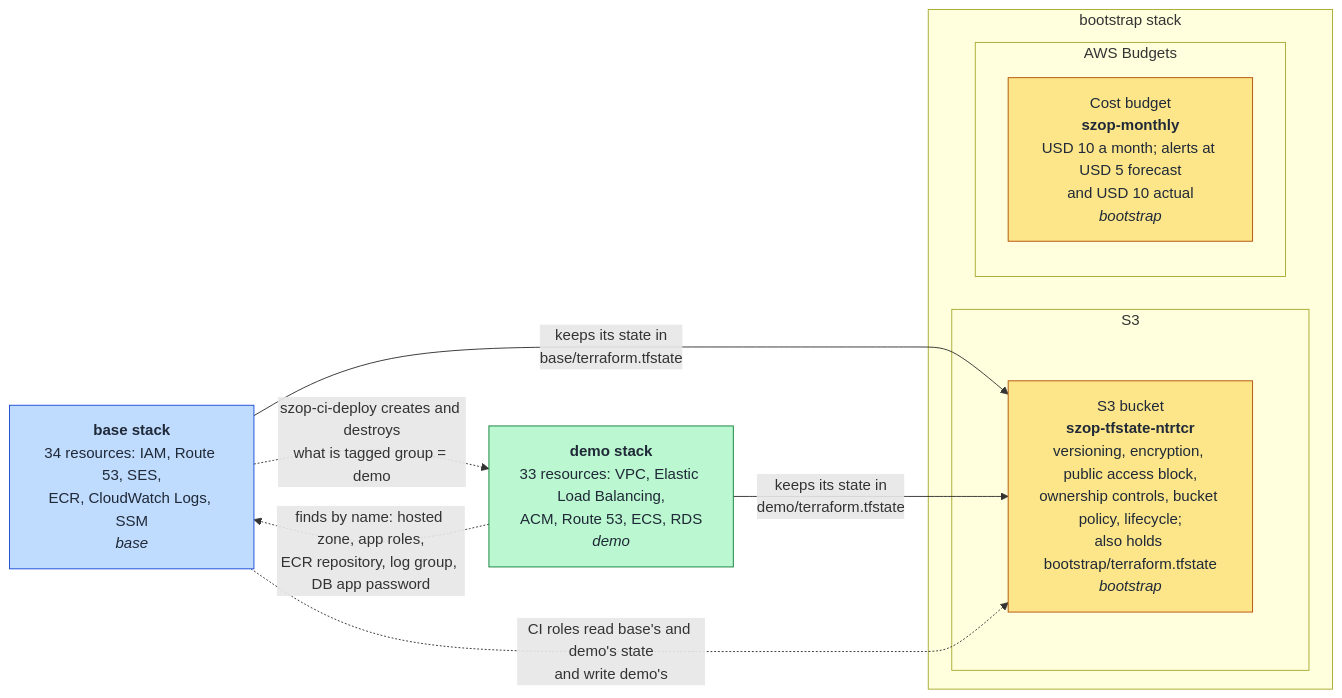
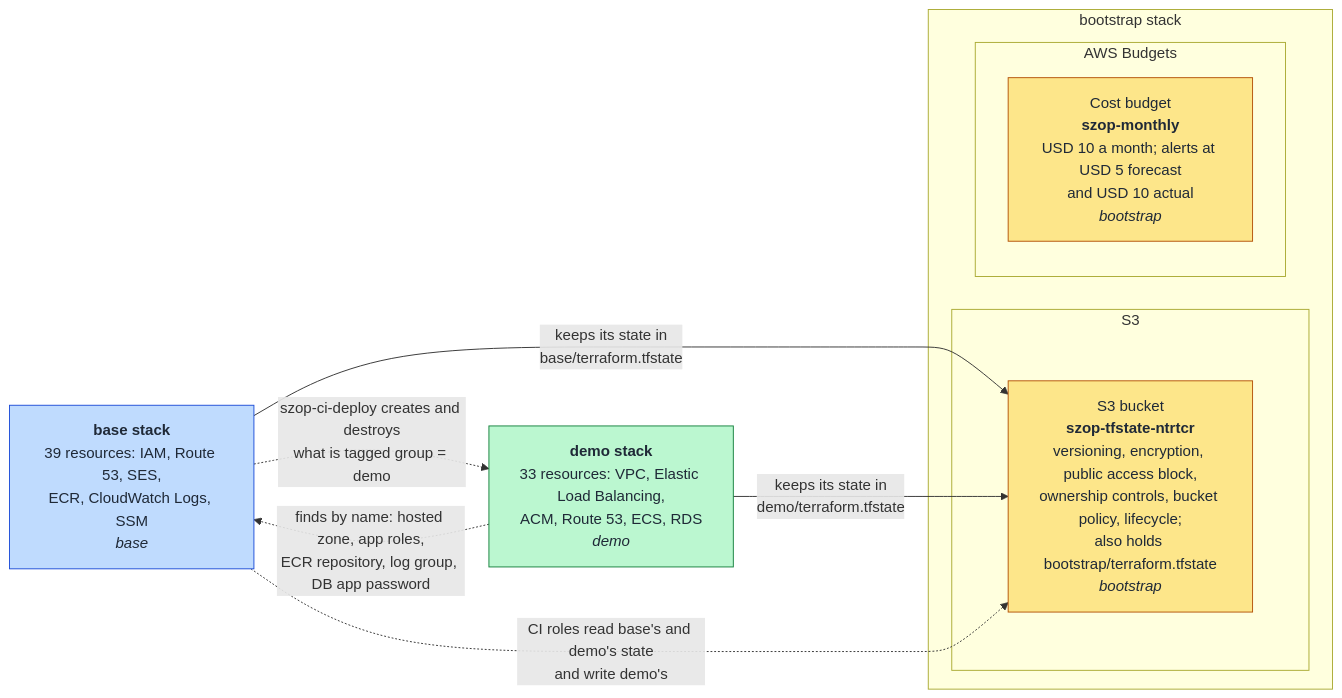
One commit to luiki-dev/szop changed the first of 4 diagrams in docs/architecture/aws-resources.md. Above: the diagram before and after it, drawn with Mermaid. The commit also changed other lines of this file and 4 other files, not shown here.

````diff
--- a/docs/architecture/aws-resources.md
+++ b/docs/architecture/aws-resources.md
@@ -32,27 +32,27 @@
 ```mermaid
 flowchart LR
     subgraph bootstrapStack["bootstrap stack"]
         subgraph s3["S3"]
             bucket["S3 bucket<br/><b>szop-tfstate-ntrtcr</b><br/>versioning, encryption, public access block,<br/>ownership controls, bucket policy, lifecycle;<br/>also holds bootstrap/terraform.tfstate<br/><i>bootstrap</i>"]
         end
         subgraph budgets["AWS Budgets"]
             budget["Cost budget<br/><b>szop-monthly</b><br/>USD 10 a month; alerts at USD 5 forecast<br/>and USD 10 actual<br/><i>bootstrap</i>"]
         end
     end
 
-    base["<b>base stack</b><br/>34 resources: IAM, Route 53, SES,<br/>ECR, CloudWatch Logs, SSM<br/><i>base</i>"]
+    base["<b>base stack</b><br/>39 resources: IAM, Route 53, SES,<br/>ECR, CloudWatch Logs, SSM<br/><i>base</i>"]
     demo["<b>demo stack</b><br/>33 resources: VPC, Elastic Load Balancing,<br/>ACM, Route 53, ECS, RDS<br/><i>demo</i>"]
 
     base -->|"keeps its state in<br/>base/terraform.tfstate"| bucket
     demo -->|"keeps its state in<br/>demo/terraform.tfstate"| bucket
     base -.->|"CI roles read base's and demo's state<br/>and write demo's"| bucket
     demo -.->|"finds by name: hosted zone, app roles,<br/>ECR repository, log group, DB app password"| base
     base -.->|"szop-ci-deploy creates and destroys<br/>what is tagged group = demo"| demo
 
     classDef bootstrap fill:#fde68a,stroke:#b45309,color:#1f2937
     classDef base fill:#bfdbfe,stroke:#1d4ed8,color:#1f2937
     classDef demo fill:#bbf7d0,stroke:#15803d,color:#1f2937
     class bucket,budget bootstrap
     class base base
     class demo demo
 ```
````
